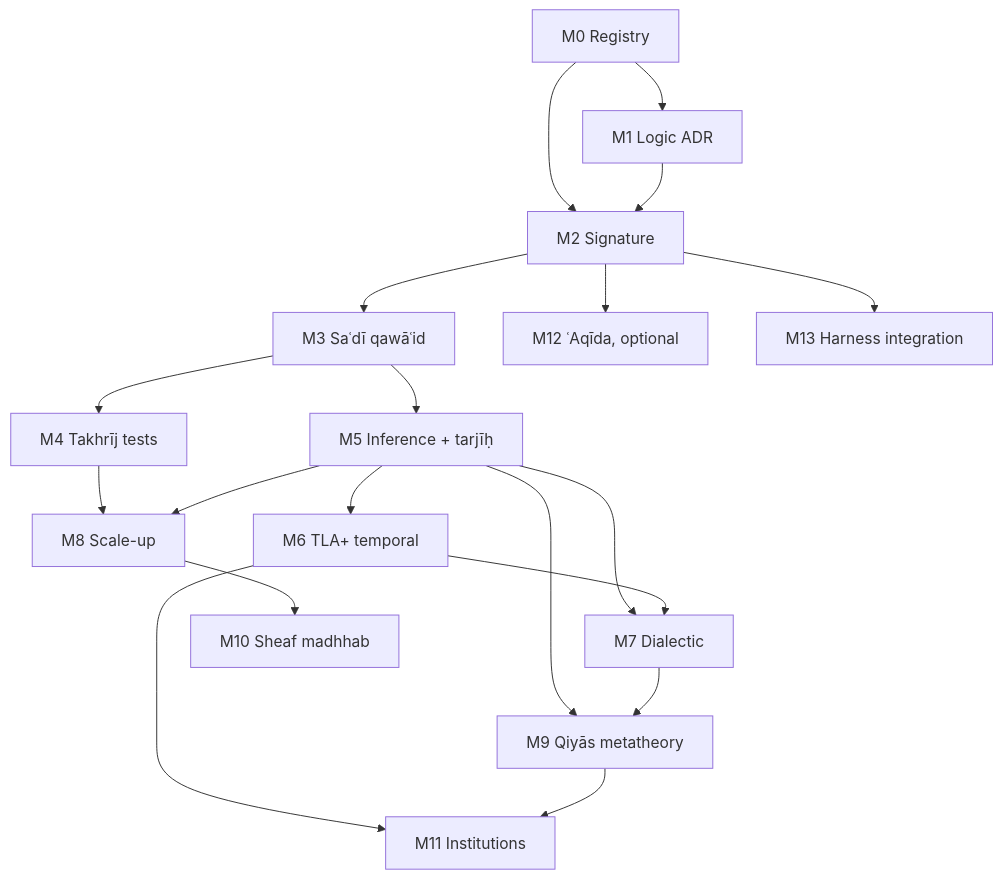
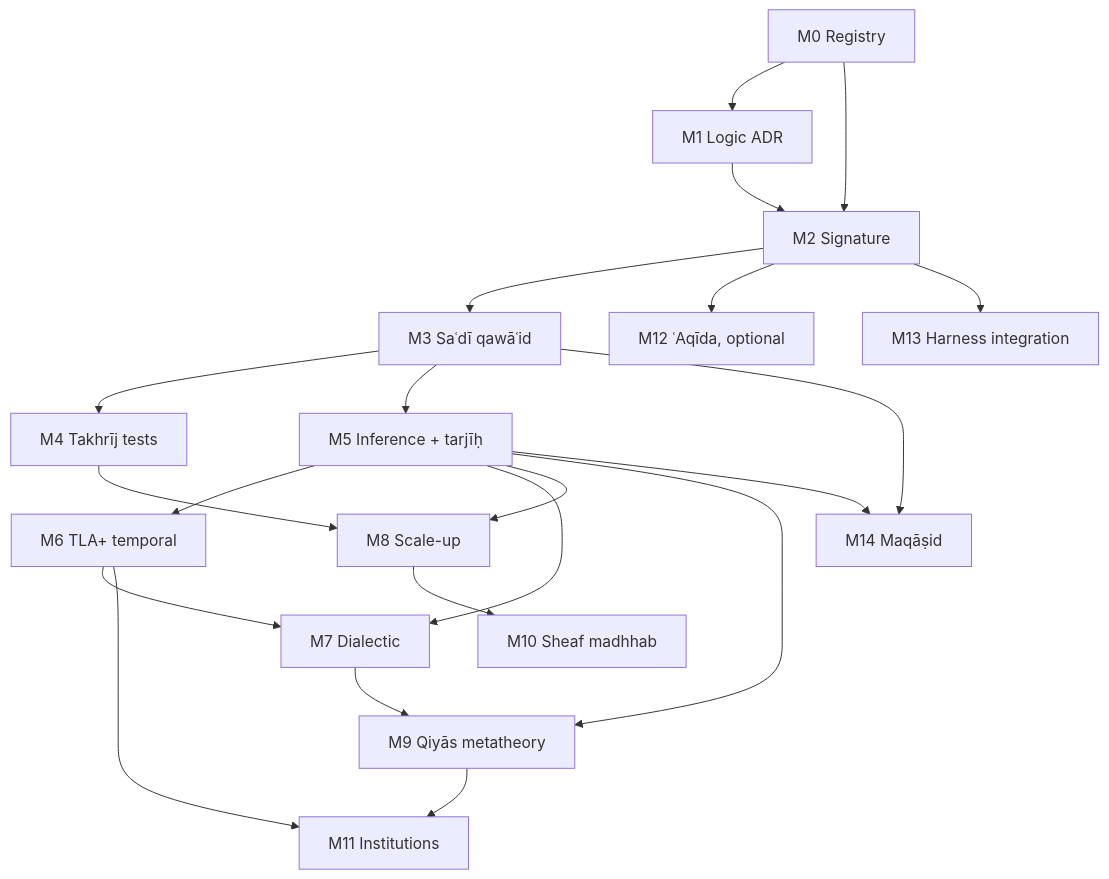
Before and after one commit to larsbx/usul-al-fiqh-deontic-circuits: the diagram in docs/roadmap-hanbali-usul-formalization.md, drawn with Mermaid. The commit also changed other lines of this file and 1 other file, not shown here.

First line of the commit message:
Roadmap: M14 maqāṣid al-sharīʿa — state, owned paths, open questions

````diff
--- a/docs/roadmap-hanbali-usul-formalization.md
+++ b/docs/roadmap-hanbali-usul-formalization.md
@@ -523,21 +543,23 @@
 ```mermaid
 graph TD
   M0[M0 Registry] --> M1[M1 Logic ADR]
   M0 --> M2[M2 Signature]
   M1 --> M2
   M2 --> M3[M3 Saʿdī qawāʿid]
   M3 --> M4[M4 Takhrīj tests]
   M3 --> M5[M5 Inference + tarjīḥ]
   M5 --> M6[M6 TLA+ temporal]
   M5 --> M7[M7 Dialectic]
   M6 --> M7
   M4 --> M8[M8 Scale-up]
   M5 --> M8
   M5 --> M9[M9 Qiyās metatheory]
   M7 --> M9
   M8 --> M10[M10 Sheaf madhhab]
   M6 --> M11[M11 Institutions]
   M9 --> M11
   M2 --> M12[M12 ʿAqīda, optional]
   M2 --> M13[M13 Harness integration]
+  M3 --> M14[M14 Maqāṣid]
+  M5 --> M14
 ```
````
